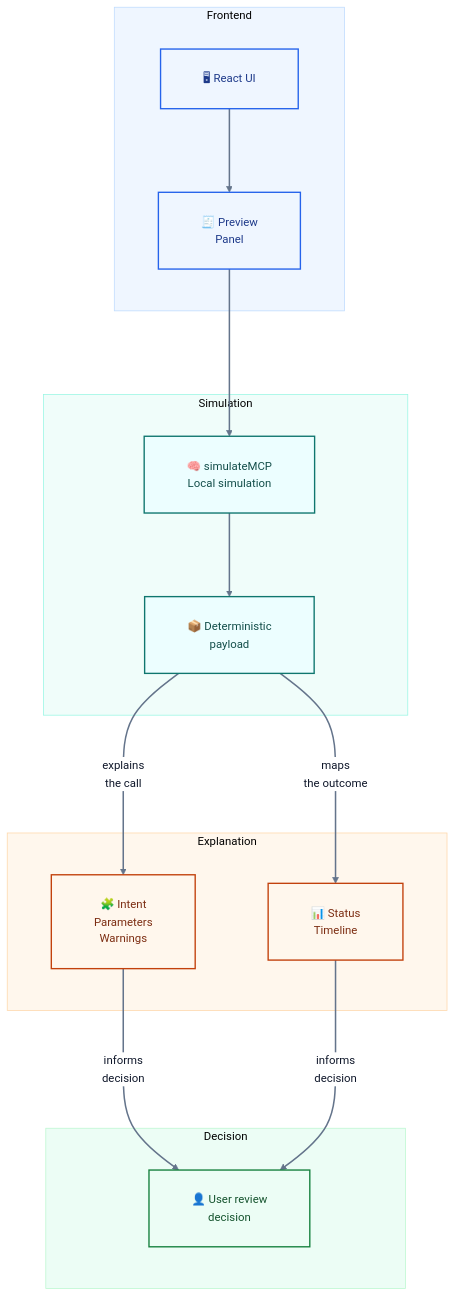
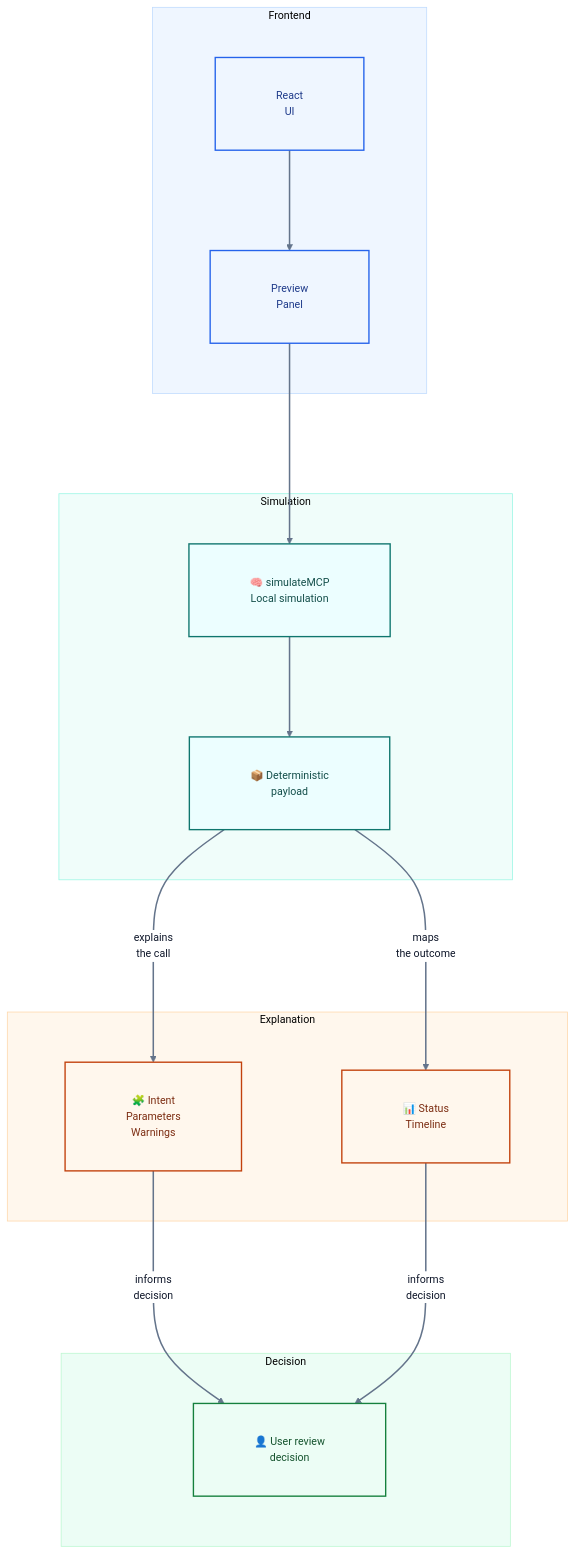
Before and after one commit to sunshineluyao/Moss-Mcp-Transaction: the fourth of 8 diagrams in README.md, drawn with Mermaid. The commit also changed other lines of this file and 1 other file, not shown here.

Commit message:
docs: expand Mermaid spacing and wrap long labels for GitHub

````diff
--- a/README.md
+++ b/README.md
@@ -370,39 +370,39 @@
 ```mermaid
-%%{init: {'theme':'base','flowchart': {'htmlLabels': true, 'nodeSpacing': 96, 'rankSpacing': 110, 'curve': 'basis', 'padding': 28, 'diagramPadding': 24, 'wrappingWidth': 260},'themeVariables': {'fontFamily':'Inter, Segoe UI, sans-serif','fontSize':'15px','primaryTextColor':'#0f172a','lineColor':'#64748b','clusterBkg':'#f8fafc','clusterBorder':'#cbd5e1','edgeLabelBackground':'#ffffff','primaryBorderColor':'#2563eb','primaryColor':'#eff6ff'}}}%%
+%%{init: {'theme':'base','flowchart': {'htmlLabels': true, 'nodeSpacing': 132, 'rankSpacing': 132, 'curve': 'basis', 'padding': 40, 'diagramPadding': 32, 'wrappingWidth': 320},'themeVariables': {'fontFamily':'Inter, Segoe UI, sans-serif','fontSize':'14px','primaryTextColor':'#0f172a','lineColor':'#64748b','clusterBkg':'#f8fafc','clusterBorder':'#cbd5e1','edgeLabelBackground':'#ffffff','primaryBorderColor':'#2563eb','primaryColor':'#eff6ff'}}}%%
 flowchart TB
   subgraph L1[Frontend]
-    UI["🖥 React UI"] --> Preview["🧾 Preview<br/>Panel"]
+    UI["React<br/>UI"] --> Preview["Preview<br/>Panel"]
   end
 
   subgraph L2[Simulation]
     Engine["🧠 simulateMCP<br/>Local simulation"] --> Data["📦 Deterministic<br/>payload"]
   end
 
   subgraph L3[Explanation]
     Cards["🧩 Intent<br/>Parameters<br/>Warnings"]
     Timeline["📊 Status<br/>Timeline"]
   end
 
   subgraph L4[Decision]
     User["👤 User review<br/>decision"]
   end
 
   Preview --> Engine
   Data -->|explains<br/>the call| Cards -->|informs<br/>decision| User
   Data -->|maps<br/>the outcome| Timeline -->|informs<br/>decision| User
 
   classDef frontend fill:#eff6ff,stroke:#2563eb,stroke-width:1.8px,color:#1e3a8a;
   classDef sim fill:#ecfeff,stroke:#0f766e,stroke-width:1.8px,color:#134e4a;
   classDef explain fill:#fff7ed,stroke:#c2410c,stroke-width:1.8px,color:#7c2d12;
   classDef decision fill:#ecfdf5,stroke:#15803d,stroke-width:1.8px,color:#14532d;
 
   class UI,Preview frontend;
   class Engine,Data sim;
   class Cards,Timeline explain;
   class User decision;
   style L1 fill:#eff6ff,stroke:#bfdbfe,stroke-width:1px
   style L2 fill:#f0fdfa,stroke:#99f6e4,stroke-width:1px
   style L3 fill:#fff7ed,stroke:#fed7aa,stroke-width:1px
   style L4 fill:#ecfdf5,stroke:#bbf7d0,stroke-width:1px
   linkStyle default stroke:#64748b,stroke-width:2px;
 ```
````
